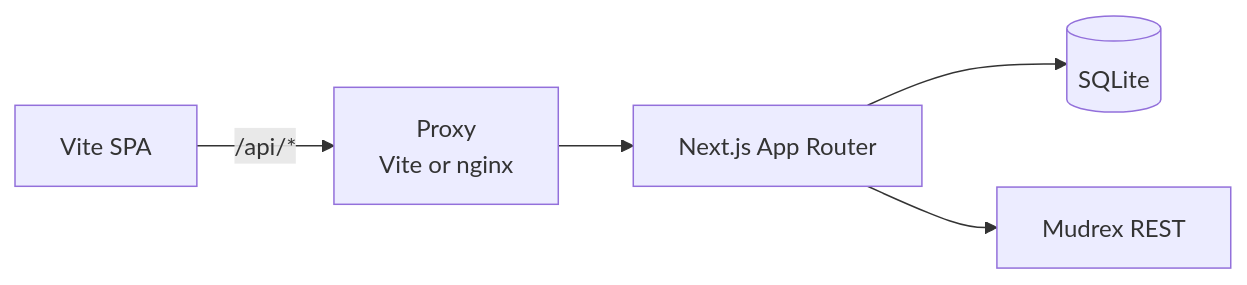
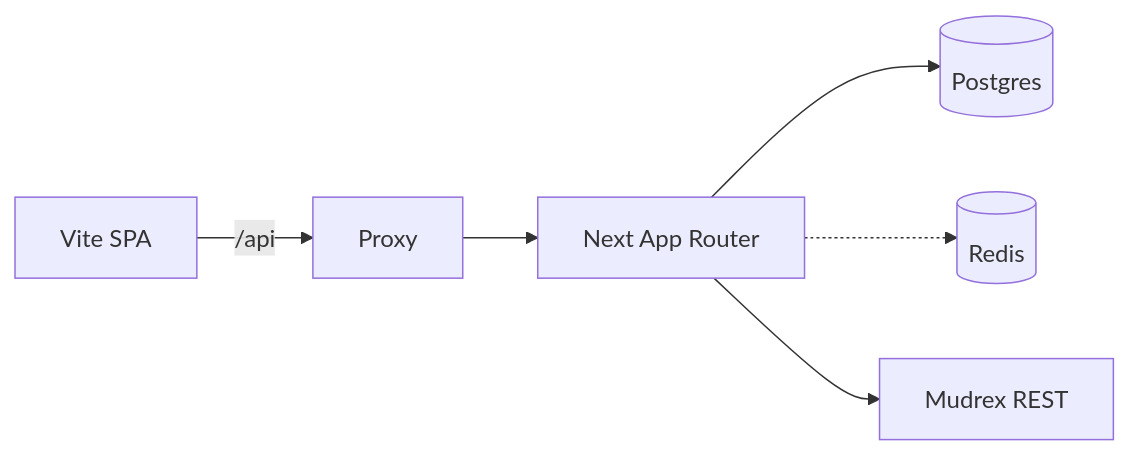
The eighth of 11 diagrams in README.md (DecentralizedJM/RexAlgo), drawn with Mermaid before and after one commit. The commit also changed other lines of this file and 2 other files, not shown here.

Commit message:
docs: refresh README with Postgres, Redis, auth, webhooks + Mermaid diagrams

````diff
--- a/README.md
+++ b/README.md
@@ -278,13 +364,14 @@
 ```mermaid
 flowchart LR
   UI[Vite SPA]
-  PX[Proxy\nVite or nginx]
-  NX[Next.js App Router]
-  DB[(SQLite)]
+  PX[Proxy]
+  NX[Next App Router]
+  PG[(Postgres)]
+  RD[(Redis)]
   MR[Mudrex REST]
-
-  UI -->|"/api/*"| PX
+  UI -->|/api| PX
   PX --> NX
-  NX --> DB
+  NX --> PG
+  NX -.-> RD
   NX --> MR
 ```
````
